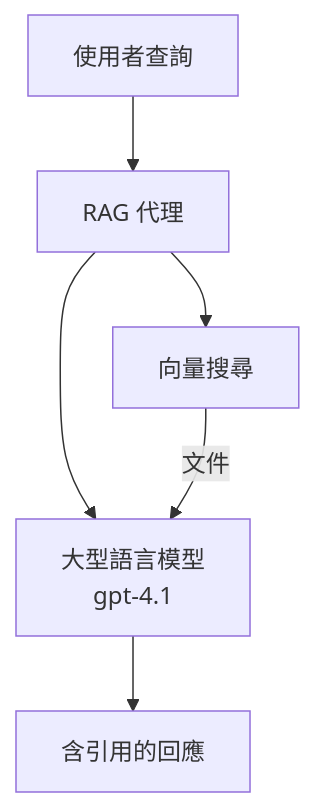
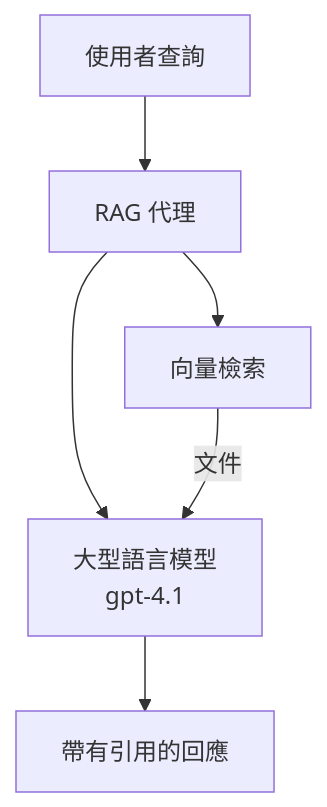
Before and after one commit to microsoft/AZD-for-beginners: the second of 3 diagrams in translations/zh-TW/docs/chapter-02-ai-development/agents.md, drawn with Mermaid. The commit also changed other lines of this file and 101 other files, not shown here.

````diff
--- a/translations/zh-TW/docs/chapter-02-ai-development/agents.md
+++ b/translations/zh-TW/docs/chapter-02-ai-development/agents.md
@@ -170,8 +175,8 @@
 ```mermaid
 graph TD
     Query[使用者查詢] --> RAG[RAG 代理]
-    RAG --> Vector[向量搜尋]
+    RAG --> Vector[向量檢索]
     RAG --> LLM[大型語言模型<br/>gpt-4.1]
     Vector -- 文件 --> LLM
-    LLM --> Response[含引用的回應]
+    LLM --> Response[帶有引用的回應]
 ```
````
